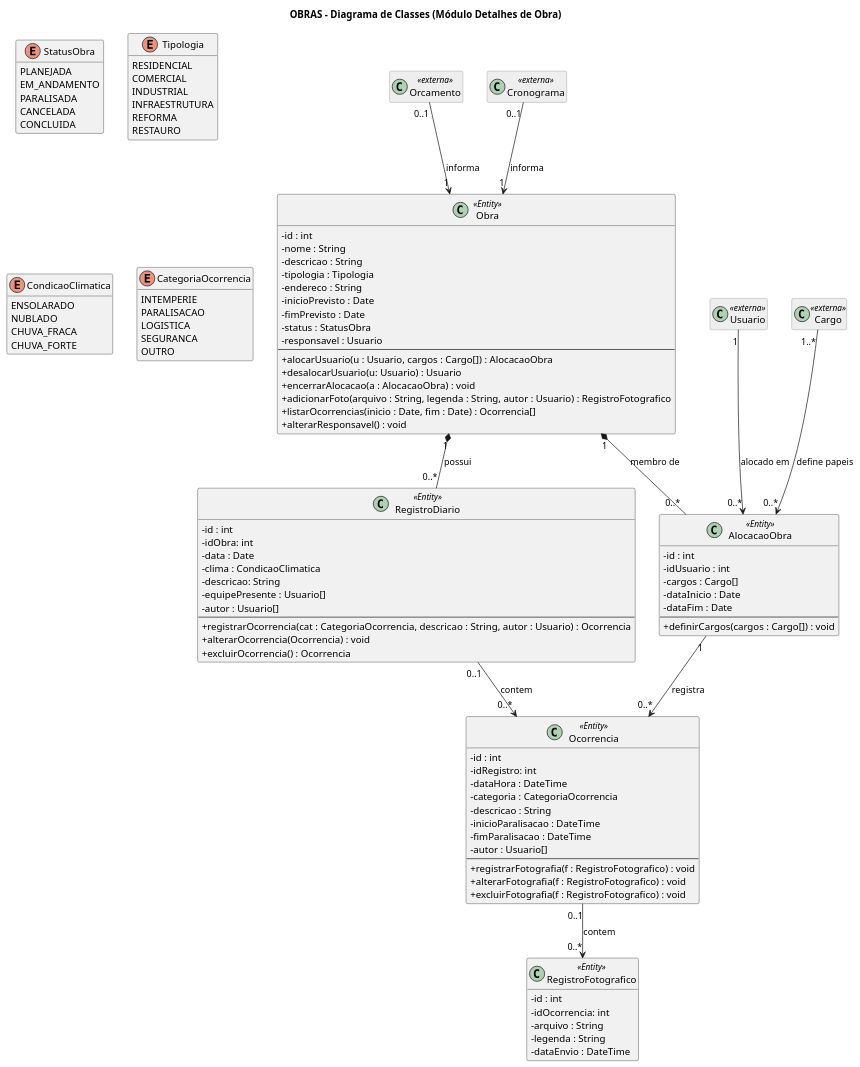
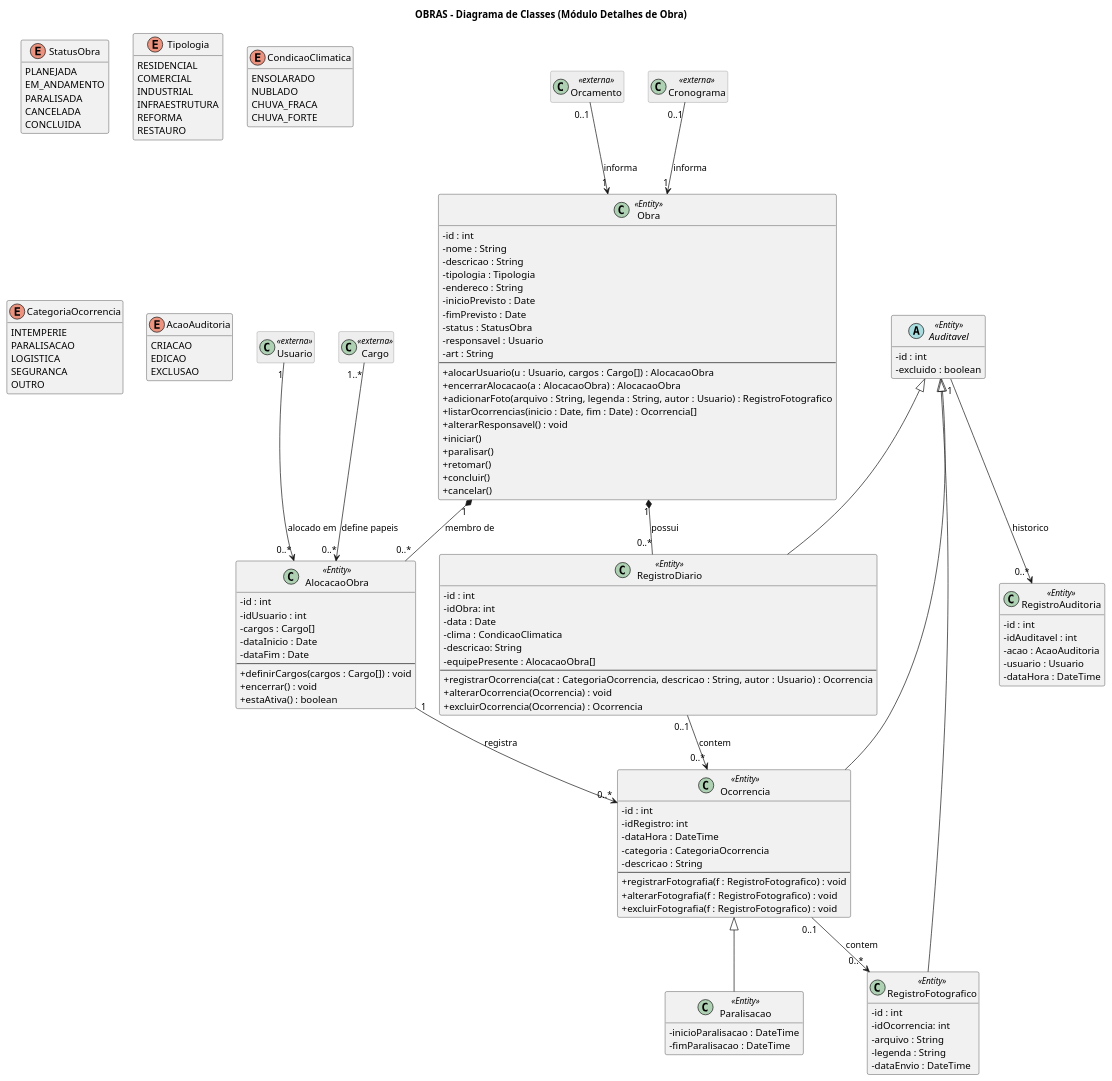
Before and after one commit to bernardoanobrega/oBRAS: the diagram in Diagramas de classe/PainelDeObras.puml, drawn with PlantUML. The commit also changed 5 other files, not shown here.

```diff
--- a/Diagramas de classe/PainelDeObras.puml
+++ b/Diagramas de classe/PainelDeObras.puml
@@ -1,127 +1,159 @@
 @startuml class-diagram
 title OBRAS - Diagrama de Classes (Módulo Detalhes de Obra)
 
 skinparam classAttributeIconSize 0
 skinparam ClassFontSize 14
 skinparam classBackgroundColor<<externa>> #EEEEEE
 skinparam classBorderColor<<externa>> #888888
 hide empty members
 
 ' ===== CLASSES EXTERNAS =====
 class Usuario <<externa>>
 class Cargo <<externa>>
 class Orcamento <<externa>>
 class Cronograma <<externa>>
 
 ' ===== NÚCLEO =====
 class Obra <<Entity>> {
   -id : int
   -nome : String
   -descricao : String
   -tipologia : Tipologia
   -endereco : String
   -inicioPrevisto : Date
   -fimPrevisto : Date
   -status : StatusObra
   -responsavel : Usuario
+  -art : String
   --
   +alocarUsuario(u : Usuario, cargos : Cargo[]) : AlocacaoObra
-  +desalocarUsuario(u: Usuario) : Usuario
-  +encerrarAlocacao(a : AlocacaoObra) : void
+  +encerrarAlocacao(a : AlocacaoObra) : AlocacaoObra
   +adicionarFoto(arquivo : String, legenda : String, autor : Usuario) : RegistroFotografico
   +listarOcorrencias(inicio : Date, fim : Date) : Ocorrencia[]
   +alterarResponsavel() : void
-}
-
-class RegistroDiario <<Entity>> {
-  -id : int
-  -idObra: int
-  -data : Date
-  -clima : CondicaoClimatica
-  -descricao: String
-  -equipePresente : Usuario[]
-  -autor : Usuario[]
-  --
-  +registrarOcorrencia(cat : CategoriaOcorrencia, descricao : String, autor : Usuario) : Ocorrencia
-  +alterarOcorrencia(Ocorrencia) : void
-  +excluirOcorrencia() : Ocorrencia
-}
-
-class Ocorrencia <<Entity>> {
-  -id : int
-  -idRegistro: int
-  -dataHora : DateTime
-  -categoria : CategoriaOcorrencia
-  -descricao : String
-  -inicioParalisacao : DateTime
-  -fimParalisacao : DateTime
-  -autor : Usuario[]
-  --
-  +registrarFotografia(f : RegistroFotografico) : void
-  +alterarFotografia(f : RegistroFotografico) : void
-  +excluirFotografia(f : RegistroFotografico) : void
-}
-
-class RegistroFotografico <<Entity>> {
-  -id : int
-  -idOcorrencia: int
-  -arquivo : String
-  -legenda : String
-  -dataEnvio : DateTime
+  +iniciar()
+  +paralisar()
+  +retomar()
+  +concluir()
+  +cancelar()
 }
 
 class AlocacaoObra <<Entity>> {
   -id : int
   -idUsuario : int
   -cargos : Cargo[]
   -dataInicio : Date
   -dataFim : Date
   --
   +definirCargos(cargos : Cargo[]) : void
+  +encerrar() : void
+  +estaAtiva() : boolean
+}
+
+abstract class Auditavel <<Entity>> {
+  -id : int
+  -excluido : boolean
+}
+
+class RegistroDiario <<Entity>> {
+  -id : int
+  -idObra: int
+  -data : Date
+  -clima : CondicaoClimatica
+  -descricao: String
+  -equipePresente : AlocacaoObra[]
+  --
+  +registrarOcorrencia(cat : CategoriaOcorrencia, descricao : String, autor : Usuario) : Ocorrencia
+  +alterarOcorrencia(Ocorrencia) : void
+  +excluirOcorrencia(Ocorrencia) : Ocorrencia
+}
+
+class Ocorrencia <<Entity>> {
+  -id : int
+  -idRegistro: int
+  -dataHora : DateTime
+  -categoria : CategoriaOcorrencia
+  -descricao : String
+  --
+  +registrarFotografia(f : RegistroFotografico) : void
+  +alterarFotografia(f : RegistroFotografico) : void
+  +excluirFotografia(f : RegistroFotografico) : void
+}
+
+class Paralisacao <<Entity>> {
+  -inicioParalisacao : DateTime
+  -fimParalisacao : DateTime
+}
+
+class RegistroAuditoria <<Entity>> {
+  -id : int
+  -idAuditavel : int
+  -acao : AcaoAuditoria
+  -usuario : Usuario
+  -dataHora : DateTime
+}
+
+class RegistroFotografico <<Entity>> {
+  -id : int
+  -idOcorrencia: int
+  -arquivo : String
+  -legenda : String
+  -dataEnvio : DateTime
 }
 
 ' ===== ENUMERAÇÕES =====
 enum StatusObra {
   PLANEJADA
   EM_ANDAMENTO
   PARALISADA
   CANCELADA
   CONCLUIDA
 }
 
 enum Tipologia {
   RESIDENCIAL
   COMERCIAL
   INDUSTRIAL
   INFRAESTRUTURA
   REFORMA
   RESTAURO
 }
 
 enum CondicaoClimatica {
   ENSOLARADO
   NUBLADO
   CHUVA_FRACA
   CHUVA_FORTE
 }
 
 enum CategoriaOcorrencia {
   INTEMPERIE
   PARALISACAO
   LOGISTICA
   SEGURANCA
   OUTRO
 }
 
+enum AcaoAuditoria {
+  CRIACAO
+  EDICAO
+  EXCLUSAO
+}
+
 ' ===== RELAÇÕES =====
 RegistroDiario "0..1" --> "0..*" Ocorrencia : contem
 Ocorrencia "0..1" --> "0..*" RegistroFotografico : contem
 AlocacaoObra "1" --> "0..*" Ocorrencia : registra
 Usuario "1" --> "0..*" AlocacaoObra : alocado em
 Cargo "1..*" --> "0..*" AlocacaoObra : define papeis
 Obra "1" *-- "0..*" AlocacaoObra : membro de
 Orcamento "0..1" --> "1" Obra : informa
 Cronograma "0..1" --> "1" Obra : informa
 Obra "1" *-- "0..*" RegistroDiario : possui
+Auditavel "1" --> "0..*" RegistroAuditoria : historico
+Auditavel <|-- Ocorrencia
+Auditavel <|-- RegistroDiario
+Auditavel <|-- RegistroFotografico
+Ocorrencia <|-- Paralisacao
 
 @enduml
```
